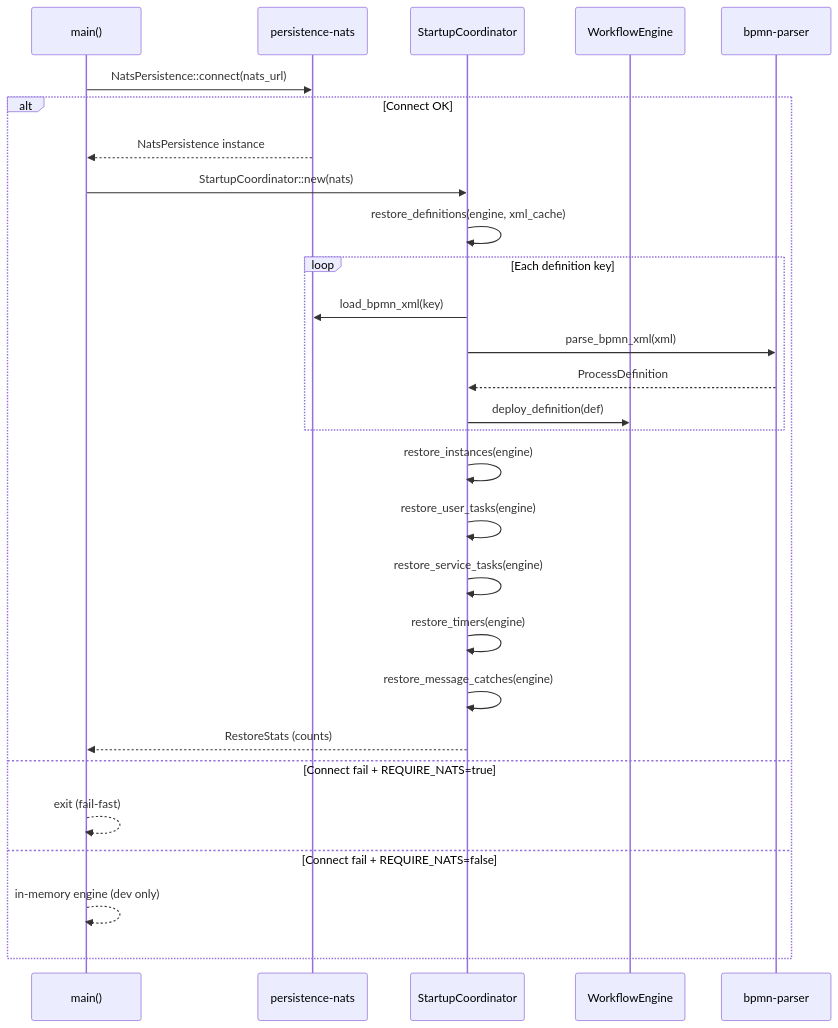
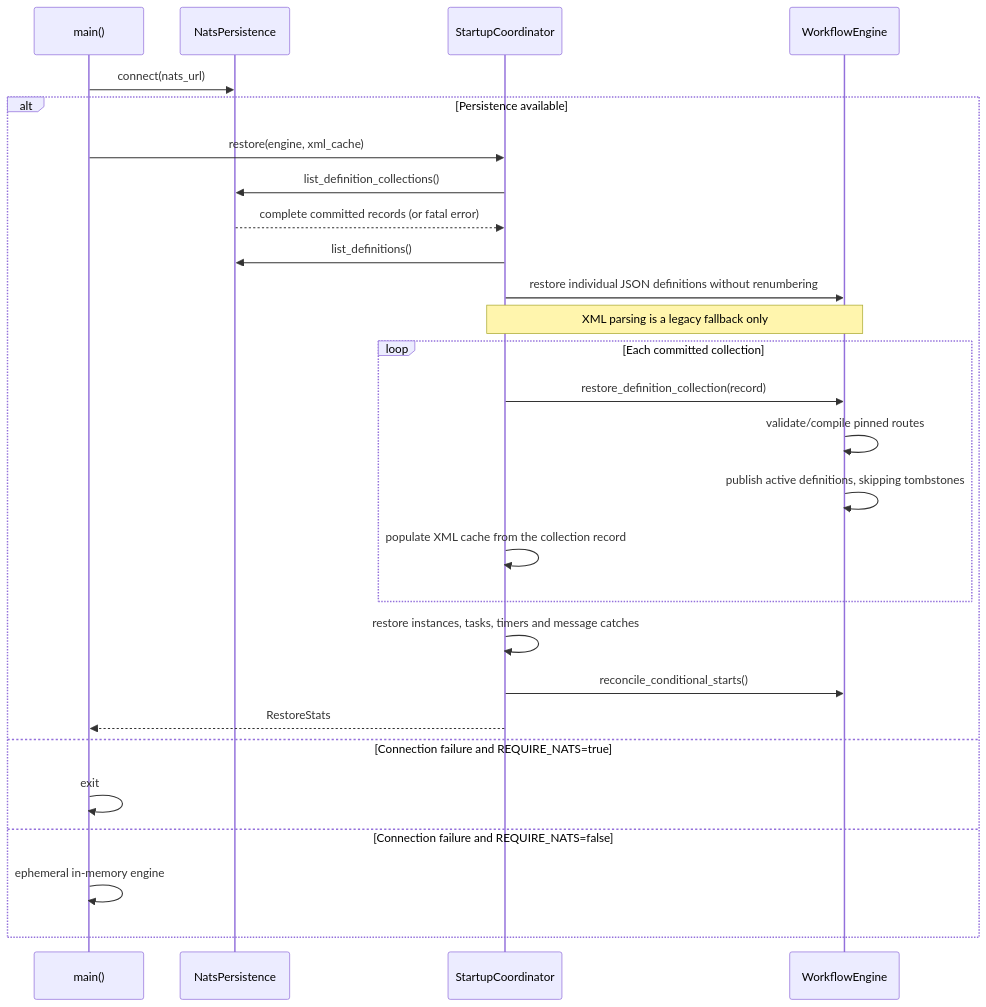
Before and after one commit to maatini/bpmninja: the seventh of 9 diagrams in docs/knowledge-base/architecture/data-flows.md, drawn with Mermaid. The commit also changed other lines of this file and 19 other files, not shown here.

````diff
--- a/docs/knowledge-base/architecture/data-flows.md
+++ b/docs/knowledge-base/architecture/data-flows.md
@@ -139,31 +191,29 @@
 ```mermaid
 sequenceDiagram
     participant Main as main()
-    participant NATS as persistence-nats
+    participant Store as NatsPersistence
     participant SC as StartupCoordinator
     participant Engine as WorkflowEngine
-    participant Parser as bpmn-parser
-
-    Main->>NATS: NatsPersistence::connect(nats_url)
-    alt Connect OK
-        NATS-->>Main: NatsPersistence instance
-        Main->>SC: StartupCoordinator::new(nats)
-        SC->>SC: restore_definitions(engine, xml_cache)
-        loop Each definition key
-            SC->>NATS: load_bpmn_xml(key)
-            SC->>Parser: parse_bpmn_xml(xml)
-            Parser-->>SC: ProcessDefinition
-            SC->>Engine: deploy_definition(def)
+    Main->>Store: connect(nats_url)
+    alt Persistence available
+        Main->>SC: restore(engine, xml_cache)
+        SC->>Store: list_definition_collections()
+        Store-->>SC: complete committed records (or fatal error)
+        SC->>Store: list_definitions()
+        SC->>Engine: restore individual JSON definitions without renumbering
+        Note over SC,Engine: XML parsing is a legacy fallback only
+        loop Each committed collection
+            SC->>Engine: restore_definition_collection(record)
+            Engine->>Engine: validate/compile pinned routes
+            Engine->>Engine: publish active definitions, skipping tombstones
+            SC->>SC: populate XML cache from the collection record
         end
-        SC->>SC: restore_instances(engine)
-        SC->>SC: restore_user_tasks(engine)
-        SC->>SC: restore_service_tasks(engine)
-        SC->>SC: restore_timers(engine)
-        SC->>SC: restore_message_catches(engine)
-        SC-->>Main: RestoreStats (counts)
-    else Connect fail + REQUIRE_NATS=true
-        Main-->>Main: exit (fail-fast)
-    else Connect fail + REQUIRE_NATS=false
-        Main-->>Main: in-memory engine (dev only)
+        SC->>SC: restore instances, tasks, timers and message catches
+        SC->>Engine: reconcile_conditional_starts()
+        SC-->>Main: RestoreStats
+    else Connection failure and REQUIRE_NATS=true
+        Main->>Main: exit
+    else Connection failure and REQUIRE_NATS=false
+        Main->>Main: ephemeral in-memory engine
     end
 ```
````
